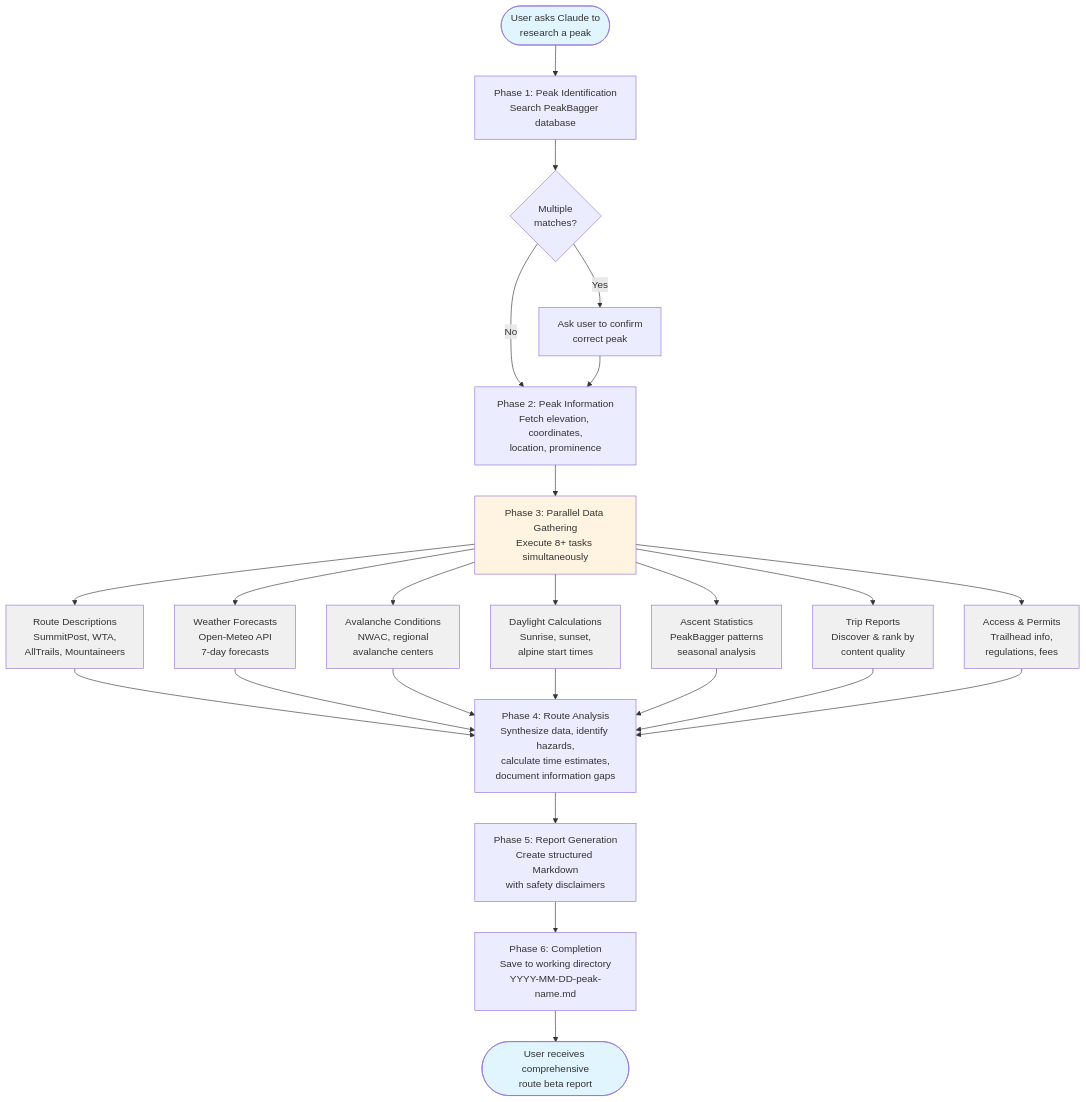
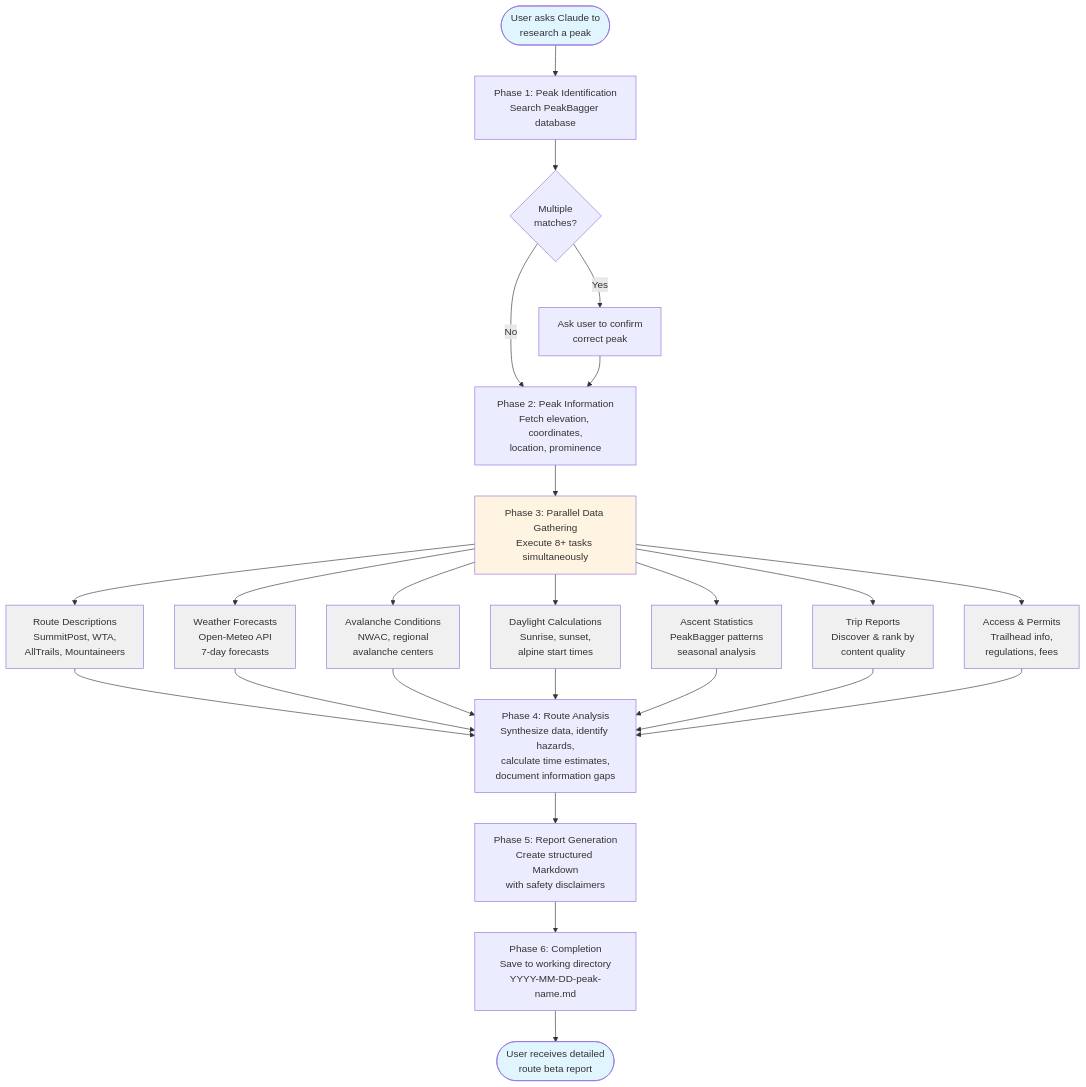
One commit to dreamiurg/claude-mountaineering-skills changed the diagram in README.md. Above: the diagram before and after it, drawn with Mermaid. The commit also changed other lines of this file, not shown here.

First line of the commit message:
docs: move examples before 'How It Works' and replace 'comprehensive' with varied synonyms

````diff
--- a/README.md
+++ b/README.md
@@ -15,45 +25,45 @@
 ```mermaid
 graph TB
     Start([User asks Claude to<br/>research a peak]) --> Search[Phase 1: Peak Identification<br/>Search PeakBagger database]
     Search --> Match{Multiple<br/>matches?}
     Match -->|Yes| Confirm[Ask user to confirm<br/>correct peak]
     Match -->|No| Info
     Confirm --> Info[Phase 2: Peak Information<br/>Fetch elevation, coordinates,<br/>location, prominence]
 
     Info --> Parallel[Phase 3: Parallel Data Gathering<br/>Execute 8+ tasks simultaneously]
 
     Parallel --> Routes[Route Descriptions<br/>SummitPost, WTA,<br/>AllTrails, Mountaineers]
     Parallel --> Weather[Weather Forecasts<br/>Open-Meteo API<br/>7-day forecasts]
     Parallel --> Avy[Avalanche Conditions<br/>NWAC, regional<br/>avalanche centers]
     Parallel --> Day[Daylight Calculations<br/>Sunrise, sunset,<br/>alpine start times]
     Parallel --> Stats[Ascent Statistics<br/>PeakBagger patterns<br/>seasonal analysis]
     Parallel --> Reports[Trip Reports<br/>Discover & rank by<br/>content quality]
     Parallel --> Access[Access & Permits<br/>Trailhead info,<br/>regulations, fees]
 
     Routes --> Analyze
     Weather --> Analyze
     Avy --> Analyze
     Day --> Analyze
     Stats --> Analyze
     Reports --> Analyze
     Access --> Analyze
 
     Analyze[Phase 4: Route Analysis<br/>Synthesize data, identify hazards,<br/>calculate time estimates,<br/>document information gaps]
 
     Analyze --> Generate[Phase 5: Report Generation<br/>Create structured Markdown<br/>with safety disclaimers]
 
     Generate --> Save[Phase 6: Completion<br/>Save to working directory<br/>YYYY-MM-DD-peak-name.md]
 
-    Save --> End([User receives comprehensive<br/>route beta report])
+    Save --> End([User receives detailed<br/>route beta report])
 
     style Start fill:#e1f5ff
     style End fill:#e1f5ff
     style Parallel fill:#fff4e1
     style Routes fill:#f0f0f0
     style Weather fill:#f0f0f0
     style Avy fill:#f0f0f0
     style Day fill:#f0f0f0
     style Stats fill:#f0f0f0
     style Reports fill:#f0f0f0
     style Access fill:#f0f0f0
 ```
````
